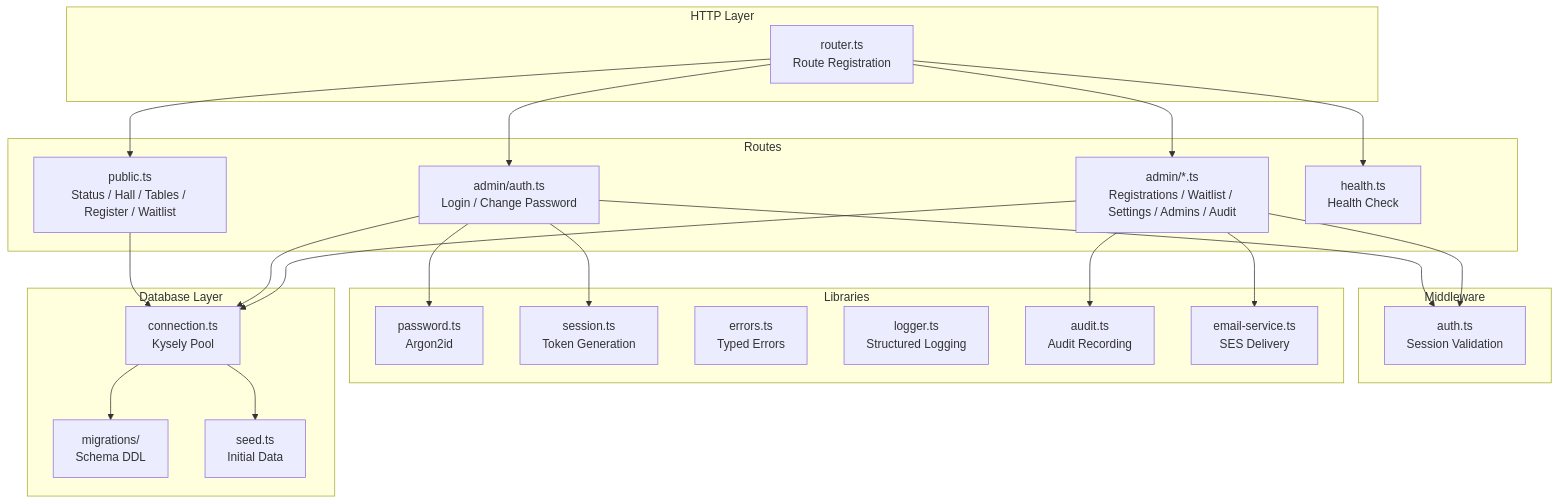
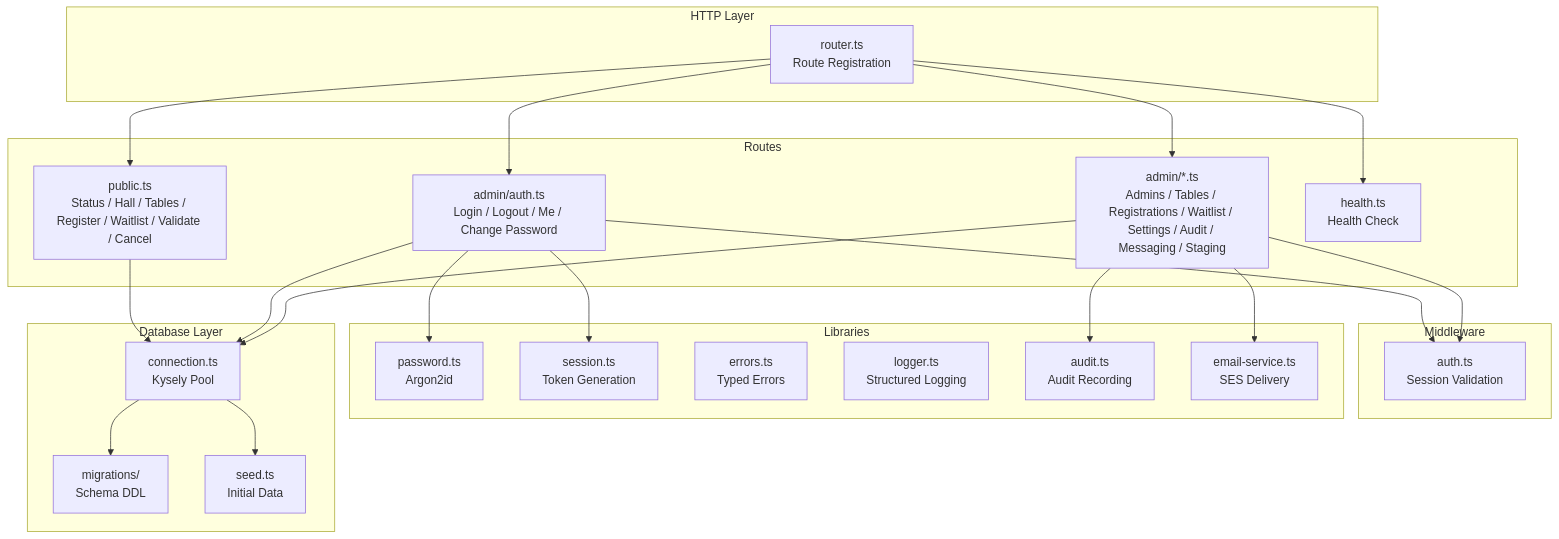
One commit to ammonl/loppemarked changed the fourth of 7 diagrams in docs/architecture.md. Above: the diagram before and after it, drawn with Mermaid. The commit also changed other lines of this file and 26 other files, not shown here.

````diff
--- a/docs/architecture.md
+++ b/docs/architecture.md
@@ -130,48 +130,48 @@
 ```mermaid
 graph TB
     subgraph "HTTP Layer"
         ROUTER[router.ts<br/>Route Registration]
     end
 
     subgraph "Routes"
-        PUB[public.ts<br/>Status / Hall / Tables / Register / Waitlist]
-        AUTH[admin/auth.ts<br/>Login / Change Password]
-        ADMIN[admin/*.ts<br/>Registrations / Waitlist / Settings / Admins / Audit]
+        PUB[public.ts<br/>Status / Hall / Tables / Register / Waitlist / Validate / Cancel]
+        AUTH[admin/auth.ts<br/>Login / Logout / Me / Change Password]
+        ADMIN[admin/*.ts<br/>Admins / Tables / Registrations / Waitlist / Settings / Audit / Messaging / Staging]
         HEALTH[health.ts<br/>Health Check]
     end
 
     subgraph "Middleware"
         AUTHMW[auth.ts<br/>Session Validation]
     end
 
     subgraph "Libraries"
         PWD[password.ts<br/>Argon2id]
         SESS[session.ts<br/>Token Generation]
         ERR[errors.ts<br/>Typed Errors]
         LOG[logger.ts<br/>Structured Logging]
         AUD[audit.ts<br/>Audit Recording]
         EMAIL[email-service.ts<br/>SES Delivery]
     end
 
     subgraph "Database Layer"
         CONN[connection.ts<br/>Kysely Pool]
         MIG[migrations/<br/>Schema DDL]
         SEED[seed.ts<br/>Initial Data]
     end
 
     ROUTER --> PUB
     ROUTER --> AUTH
     ROUTER --> ADMIN
     ROUTER --> HEALTH
     AUTH --> AUTHMW
     ADMIN --> AUTHMW
     AUTH --> PWD
     AUTH --> SESS
     ADMIN --> AUD
     ADMIN --> EMAIL
     PUB --> CONN
     AUTH --> CONN
     ADMIN --> CONN
     CONN --> MIG
     CONN --> SEED
 ```
````
